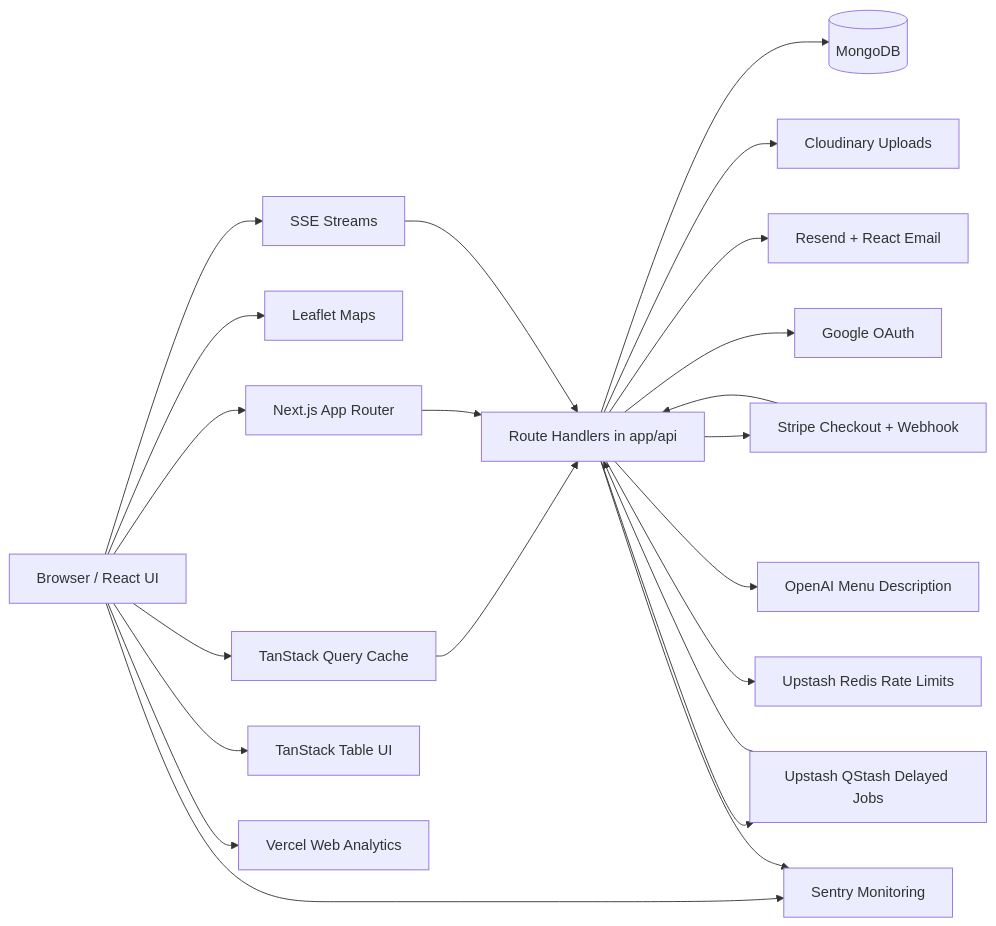
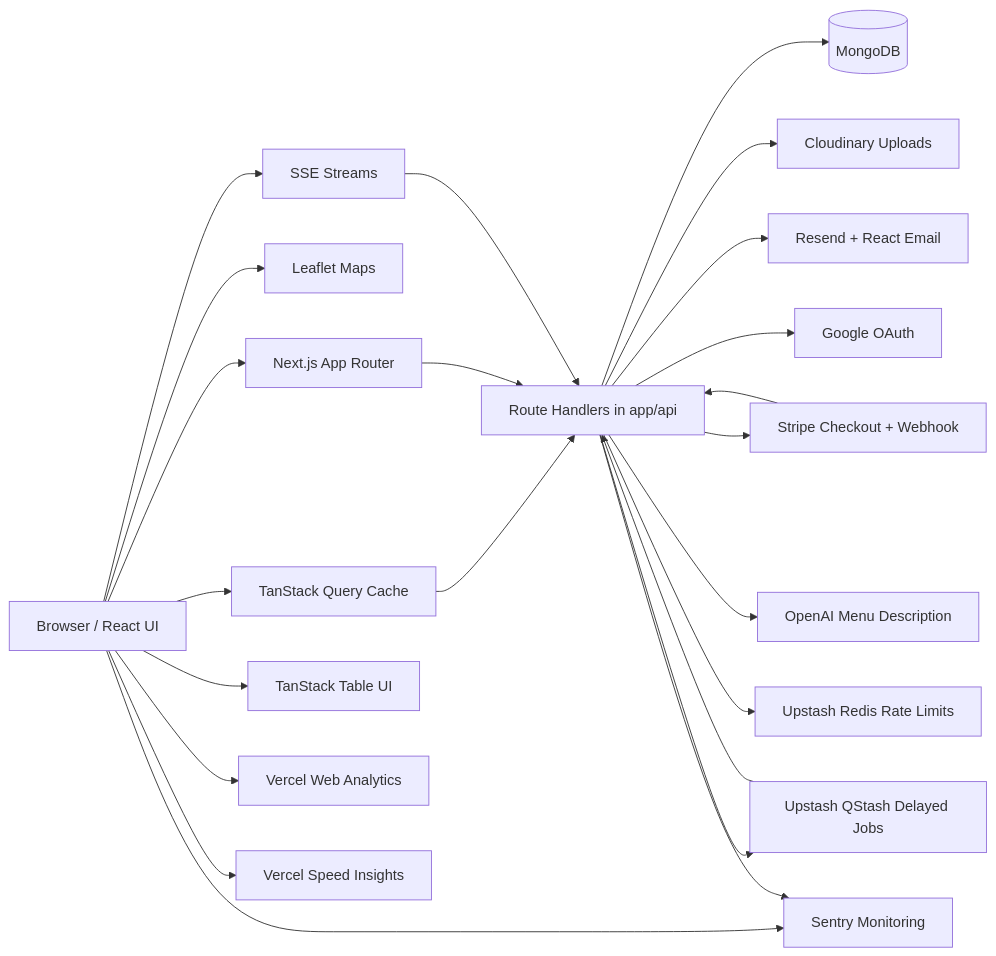
The first of 9 diagrams in ARCHITECTURE.md (kimamovic21/food-ordering-app-nextjs-cwd-yt-2023), drawn with Mermaid before and after one commit. The commit also changed other lines of this file and 12 other files, not shown here.

First line of the commit message:
Add Vercel Speed Insights monitoring

````diff
--- a/ARCHITECTURE.md
+++ b/ARCHITECTURE.md
@@ -9,42 +9,44 @@
 ```mermaid
 flowchart LR
   Browser[Browser / React UI]
   NextApp[Next.js App Router]
   Api[Route Handlers in app/api]
   Mongo[(MongoDB)]
   Stripe[Stripe Checkout + Webhook]
   Cloudinary[Cloudinary Uploads]
   Resend[Resend + React Email]
   Google[Google OAuth]
   OpenAI[OpenAI Menu Description]
   Redis[Upstash Redis Rate Limits]
   QStash[Upstash QStash Delayed Jobs]
   Maps[Leaflet Maps]
   SSE[SSE Streams]
   Query[TanStack Query Cache]
   Tables[TanStack Table UI]
   Sentry[Sentry Monitoring]
   Analytics[Vercel Web Analytics]
+  SpeedInsights[Vercel Speed Insights]
 
   Browser --> NextApp
   Browser --> Query
   Browser --> Tables
   Query --> Api
   NextApp --> Api
   Api --> Mongo
   Api --> Stripe
   Api --> Cloudinary
   Api --> Resend
   Api --> Google
   Api --> OpenAI
   Api --> Redis
   Api --> QStash
   QStash --> Api
   Browser --> Maps
   Browser --> SSE
   SSE --> Api
   Browser --> Sentry
   Browser --> Analytics
+  Browser --> SpeedInsights
   Api --> Sentry
   Stripe --> Api
 ```
````
